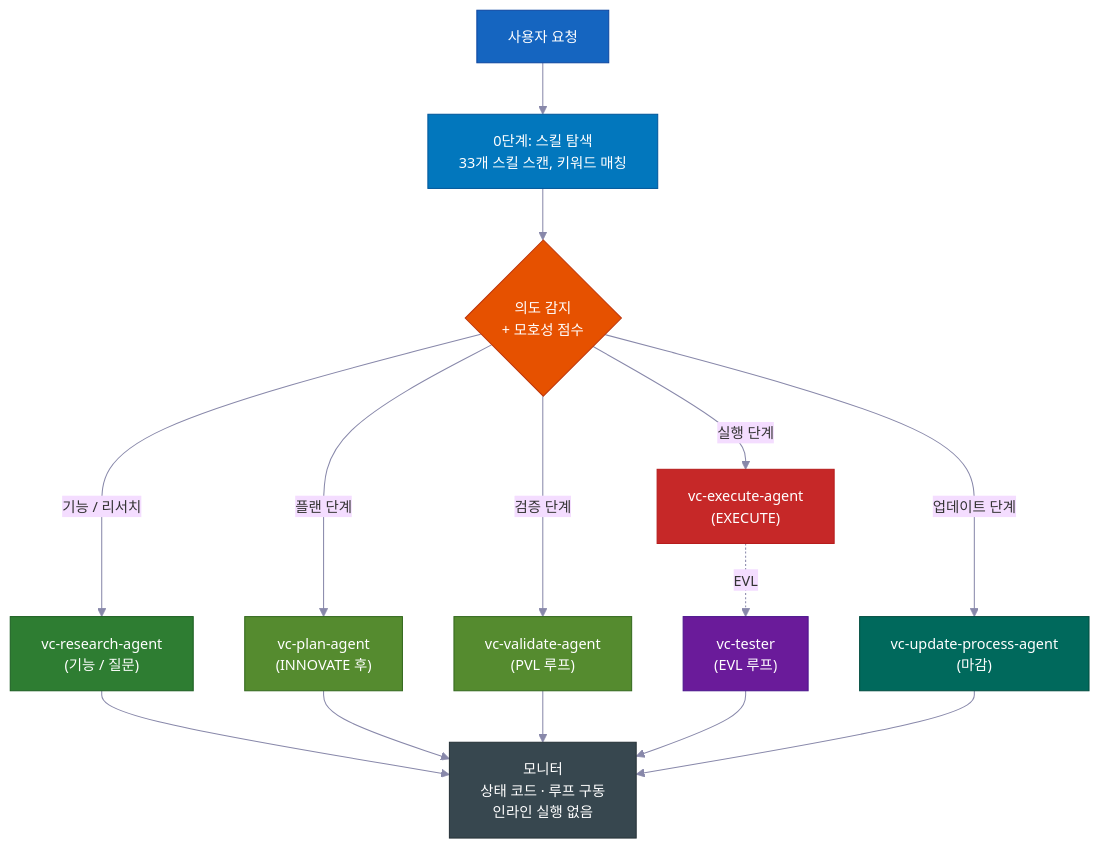
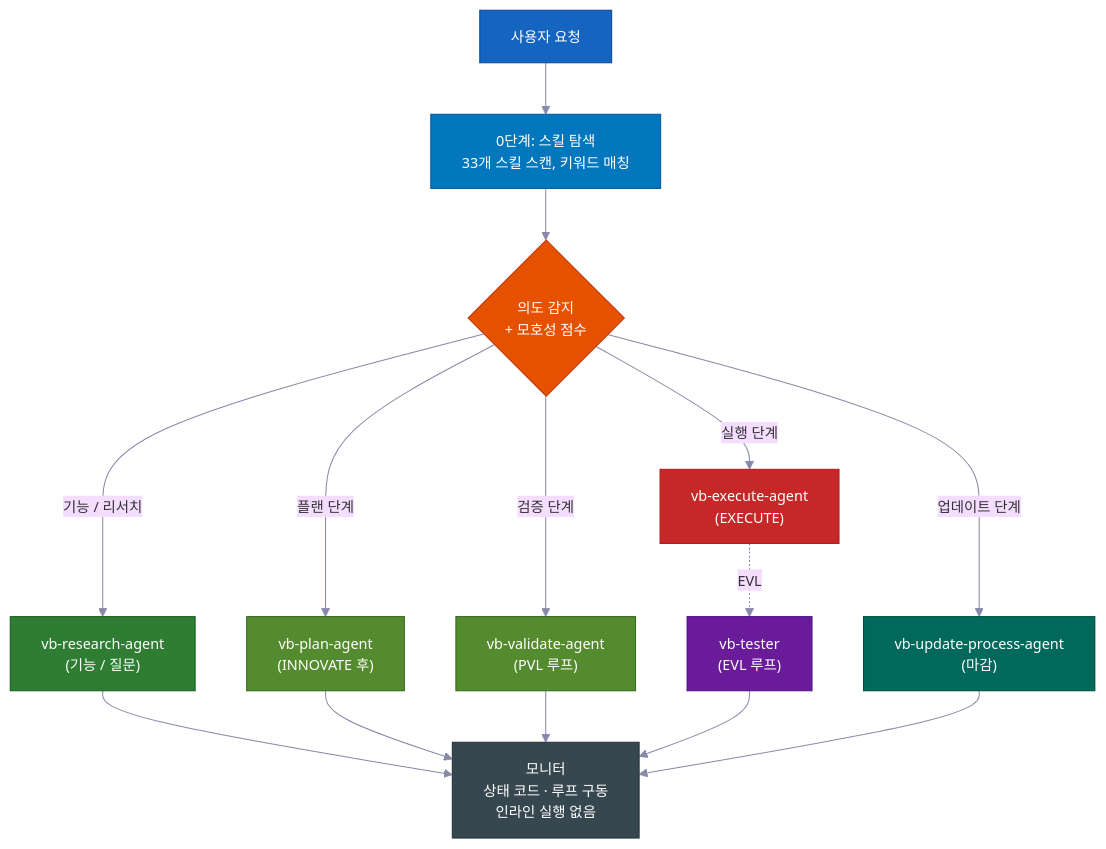
The second of 14 diagrams in docs/i18n/README.ko-KR.md (Tomwakeupat530amm/vibebelt-kit), drawn with Mermaid before and after one commit. The commit also changed other lines of this file and 646 other files, not shown here.

````diff
--- a/docs/i18n/README.ko-KR.md
+++ b/docs/i18n/README.ko-KR.md
@@ -557,38 +557,38 @@
 ```mermaid
 %%{init: {'theme': 'base', 'themeVariables': {'fontSize': '14px', 'lineColor': '#8888AA'}} }%%
 flowchart TD
     REQ["사용자 요청"]
     SD["0단계: 스킬 탐색\n33개 스킬 스캔, 키워드 매칭"]
     INT{"의도 감지\n+ 모호성 점수"}
-    RES["vc-research-agent\n(기능 / 질문)"]
-    PLN["vc-plan-agent\n(INNOVATE 후)"]
-    VAL["vc-validate-agent\n(PVL 루프)"]
-    EXE["vc-execute-agent\n(EXECUTE)"]
-    TST["vc-tester\n(EVL 루프)"]
-    UPD["vc-update-process-agent\n(마감)"]
+    RES["vb-research-agent\n(기능 / 질문)"]
+    PLN["vb-plan-agent\n(INNOVATE 후)"]
+    VAL["vb-validate-agent\n(PVL 루프)"]
+    EXE["vb-execute-agent\n(EXECUTE)"]
+    TST["vb-tester\n(EVL 루프)"]
+    UPD["vb-update-process-agent\n(마감)"]
     MON["모니터\n상태 코드 · 루프 구동\n인라인 실행 없음"]
 
     REQ --> SD --> INT
     INT -->|"기능 / 리서치"| RES
     INT -->|"플랜 단계"| PLN
     INT -->|"검증 단계"| VAL
     INT -->|"실행 단계"| EXE
     EXE -.->|"EVL"| TST
     INT -->|"업데이트 단계"| UPD
     RES --> MON
     PLN --> MON
     VAL --> MON
     TST --> MON
     UPD --> MON
 
     style REQ fill:#1565C0,stroke:#0D47A1,color:#FFFFFF
     style SD fill:#0277BD,stroke:#01579B,color:#FFFFFF
     style INT fill:#E65100,stroke:#BF360C,color:#FFFFFF
     style RES fill:#2E7D32,stroke:#1B5E20,color:#FFFFFF
     style PLN fill:#558B2F,stroke:#33691E,color:#FFFFFF
     style VAL fill:#558B2F,stroke:#33691E,color:#FFFFFF
     style EXE fill:#C62828,stroke:#B71C1C,color:#FFFFFF
     style TST fill:#6A1B9A,stroke:#4A148C,color:#FFFFFF
     style UPD fill:#00695C,stroke:#004D40,color:#FFFFFF
     style MON fill:#37474F,stroke:#263238,color:#FFFFFF
 ```
````
